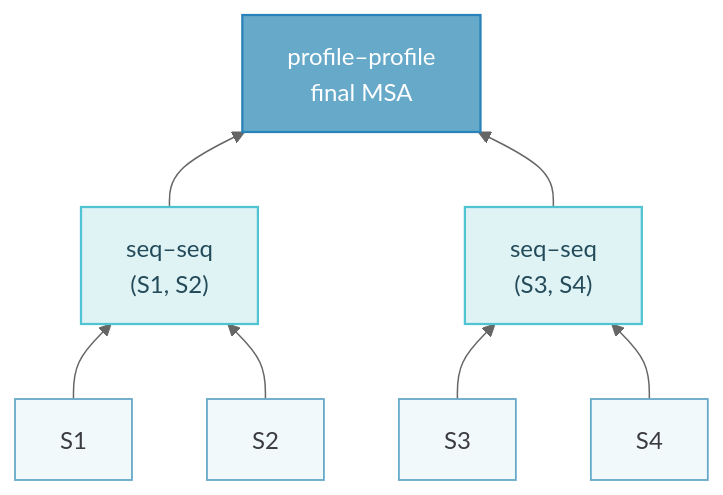
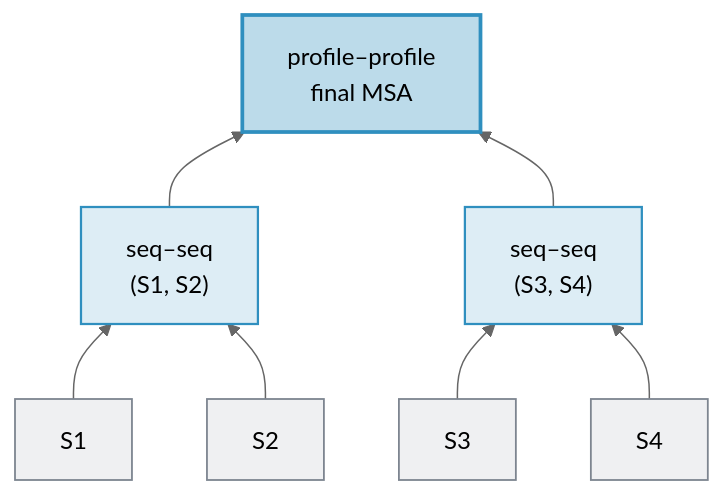
Before and after one commit to Lucas04-nhr/lucas04-nhr.github.io: the diagram in docs/guide/3. KU Master's Courses/2. Biological Sequencing Analysis/10. msa-and-coevolution.md, drawn with Mermaid (neutral theme). The commit also changed 9 other files, not shown here.

First line of the commit message:
Move article figures to the design-system chart palette

````diff
--- a/docs/guide/3. KU Master's Courses/2. Biological Sequencing Analysis/10. msa-and-coevolution.md
+++ b/docs/guide/3. KU Master's Courses/2. Biological Sequencing Analysis/10. msa-and-coevolution.md
@@ -80,16 +80,16 @@
 ```mermaid
 flowchart BT
   S1["S1"] --> A["seq–seq<br/>(S1, S2)"]
   S2["S2"] --> A
   S3["S3"] --> B["seq–seq<br/>(S3, S4)"]
   S4["S4"] --> B
   A --> P["profile–profile<br/>final MSA"]
   B --> P
 
   class S1,S2,S3,S4 soft;
   class A,B primary;
   class P accent;
-  classDef accent fill:#66a9c9,stroke:#2982ba,color:#ffffff,stroke-width:1.5px;
-  classDef primary fill:#dff3f5,stroke:#51c4d3,color:#244b5a,stroke-width:1.5px;
-  classDef soft fill:#f2f9fb,stroke:#66a9c9,color:#3c3c43,stroke-width:1.2px;
+  classDef accent fill:#2f8fbf52,stroke:#2f8fbf,stroke-width:2.5px;
+  classDef primary fill:#2f8fbf29,stroke:#2f8fbf,stroke-width:1.5px;
+  classDef soft fill:#7d85901f,stroke:#7d8590,stroke-width:1.2px;
 ```
````
